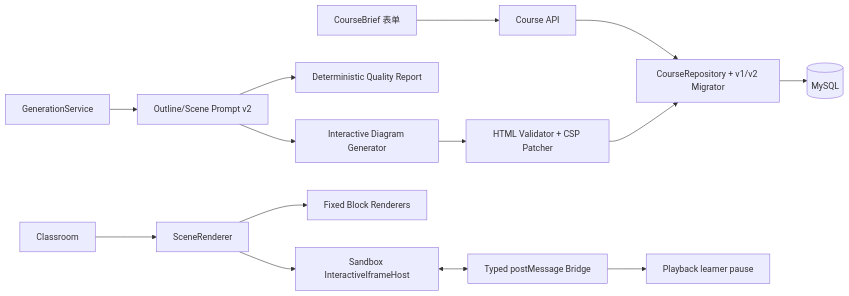
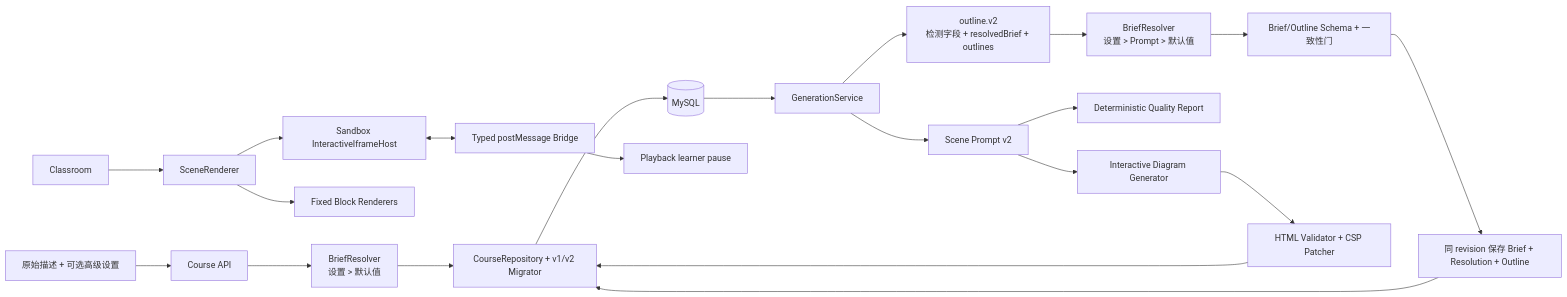
Before and after one commit to shuige666666/ai-teaching-assistance-platform: the second of 4 diagrams in docs/03-architecture.md, drawn with Mermaid. The commit also changed other lines of this file and 9 other files, not shown here.

````diff
--- a/docs/03-architecture.md
+++ b/docs/03-architecture.md
@@ -235,18 +241,26 @@
 ```mermaid
 flowchart LR
-    Brief["CourseBrief 表单"] --> CourseAPI["Course API"]
-    CourseAPI --> Repo["CourseRepository + v1/v2 Migrator"]
+    Input["原始描述 + 可选高级设置"] --> CourseAPI["Course API"]
+    CourseAPI --> Provisional["BriefResolver<br/>设置 > 默认值"]
+    Provisional --> Repo["CourseRepository + v1/v2 Migrator"]
     Repo --> DB[(MySQL)]
 
-    Generation["GenerationService"] --> PromptV2["Outline/Scene Prompt v2"]
+    DB --> Generation["GenerationService"]
+    Generation --> OutlineV2["outline.v2<br/>检测字段 + resolvedBrief + outlines"]
+    OutlineV2 --> Resolve["BriefResolver<br/>设置 > Prompt > 默认值"]
+    Resolve --> OutlineGate["Brief/Outline Schema + 一致性门"]
+    OutlineGate --> AtomicSave["同 revision 保存 Brief + Resolution + Outline"]
+    AtomicSave --> Repo
+
+    Generation --> PromptV2["Scene Prompt v2"]
     PromptV2 --> Quality["Deterministic Quality Report"]
     PromptV2 --> InteractiveGen["Interactive Diagram Generator"]
     InteractiveGen --> HtmlGate["HTML Validator + CSP Patcher"]
     HtmlGate --> Repo
 
     Classroom["Classroom"] --> SceneRenderer["SceneRenderer"]
     SceneRenderer --> FixedBlocks["Fixed Block Renderers"]
     SceneRenderer --> IframeHost["Sandbox InteractiveIframeHost"]
     IframeHost <--> Bridge["Typed postMessage Bridge"]
     Bridge --> Player["Playback learner pause"]
 ```
````
